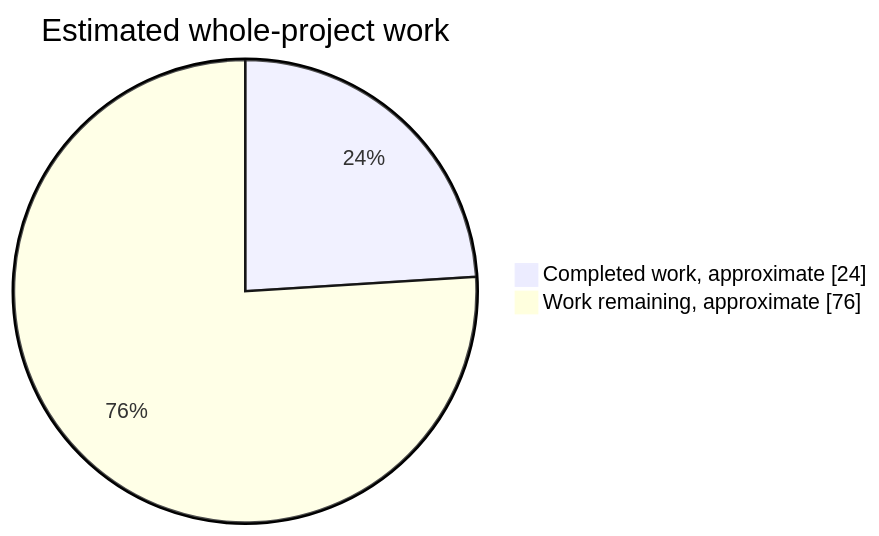
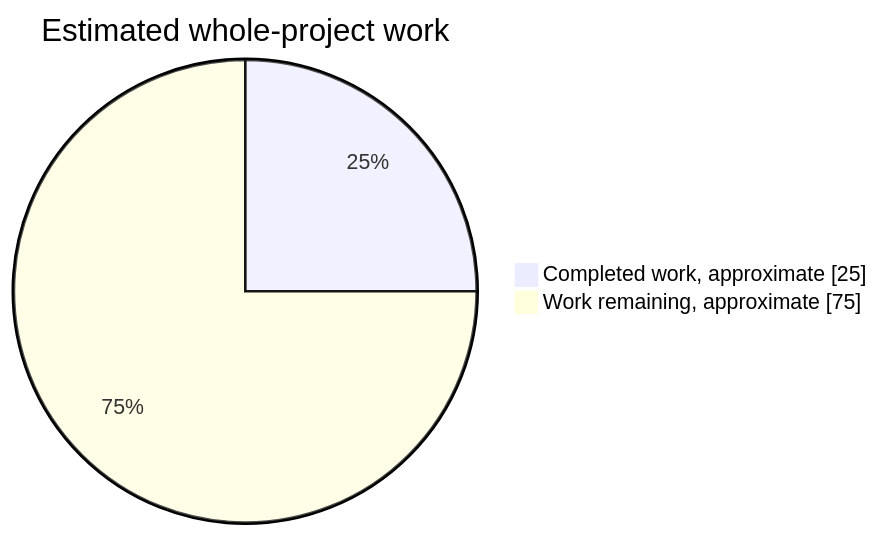
The first of 2 diagrams in readme.md (NachtRaveVL/stuntracefx), drawn with Mermaid before and after one commit. The commit also changed other lines of this file and 8 other files, not shown here.

````diff
--- a/readme.md
+++ b/readme.md
@@ -56,6 +56,6 @@
 ```mermaid
 pie showData
     title Estimated whole-project work
-    "Completed work, approximate" : 24
-    "Work remaining, approximate" : 76
+    "Completed work, approximate" : 25
+    "Work remaining, approximate" : 75
 ```
````
